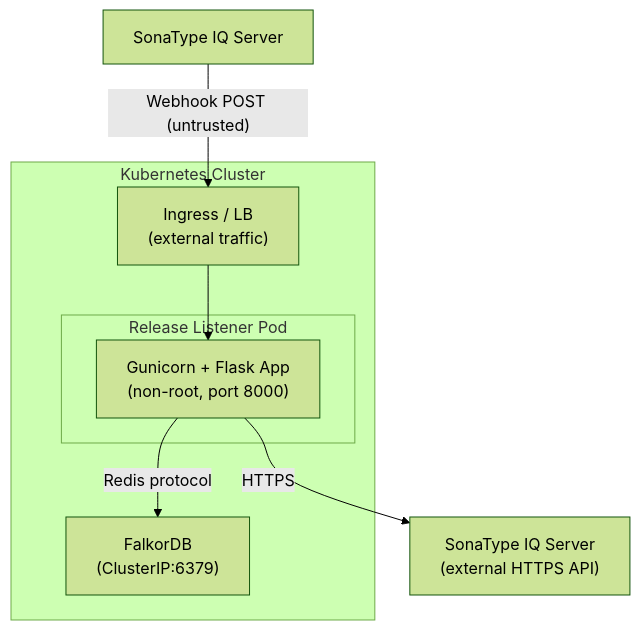
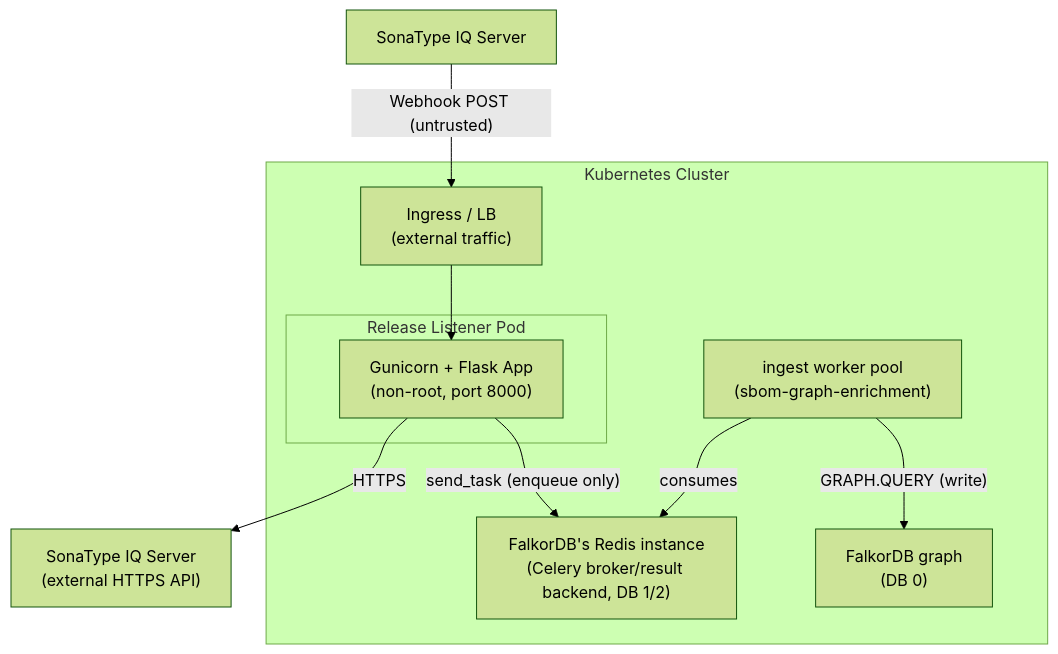
One commit to mimecast/sbom-graph changed the diagram in sonatype-lifecycle-release-listener/threat-model.md. Above: the diagram before and after it, drawn with Mermaid (forest theme). The commit also changed other lines of this file and 27 other files, not shown here.

````diff
--- a/sonatype-lifecycle-release-listener/threat-model.md
+++ b/sonatype-lifecycle-release-listener/threat-model.md
@@ -31,19 +31,23 @@
 ```mermaid
 flowchart TB
   ext_sonatype["SonaType IQ Server"]
   ext_sonatype_api["SonaType IQ Server<br/>(external HTTPS API)"]
 
   subgraph cluster["Kubernetes Cluster"]
     ingress["Ingress / LB<br/>(external traffic)"]
 
     subgraph pod["Release Listener Pod"]
       app["Gunicorn + Flask App<br/>(non-root, port 8000)"]
     end
 
-    falkordb["FalkorDB<br/>(ClusterIP:6379)"]
+    broker["FalkorDB's Redis instance<br/>(Celery broker/result backend, DB 1/2)"]
+    ingest["ingest worker pool<br/>(sbom-graph-enrichment)"]
+    falkordb["FalkorDB graph<br/>(DB 0)"]
   end
 
   ext_sonatype -->|"Webhook POST (untrusted)"| ingress --> app
   app -->|"HTTPS"| ext_sonatype_api
-  app -->|"Redis protocol"| falkordb
+  app -->|"send_task (enqueue only)"| broker
+  ingest -->|"consumes"| broker
+  ingest -->|"GRAPH.QUERY (write)"| falkordb
 ```
````
